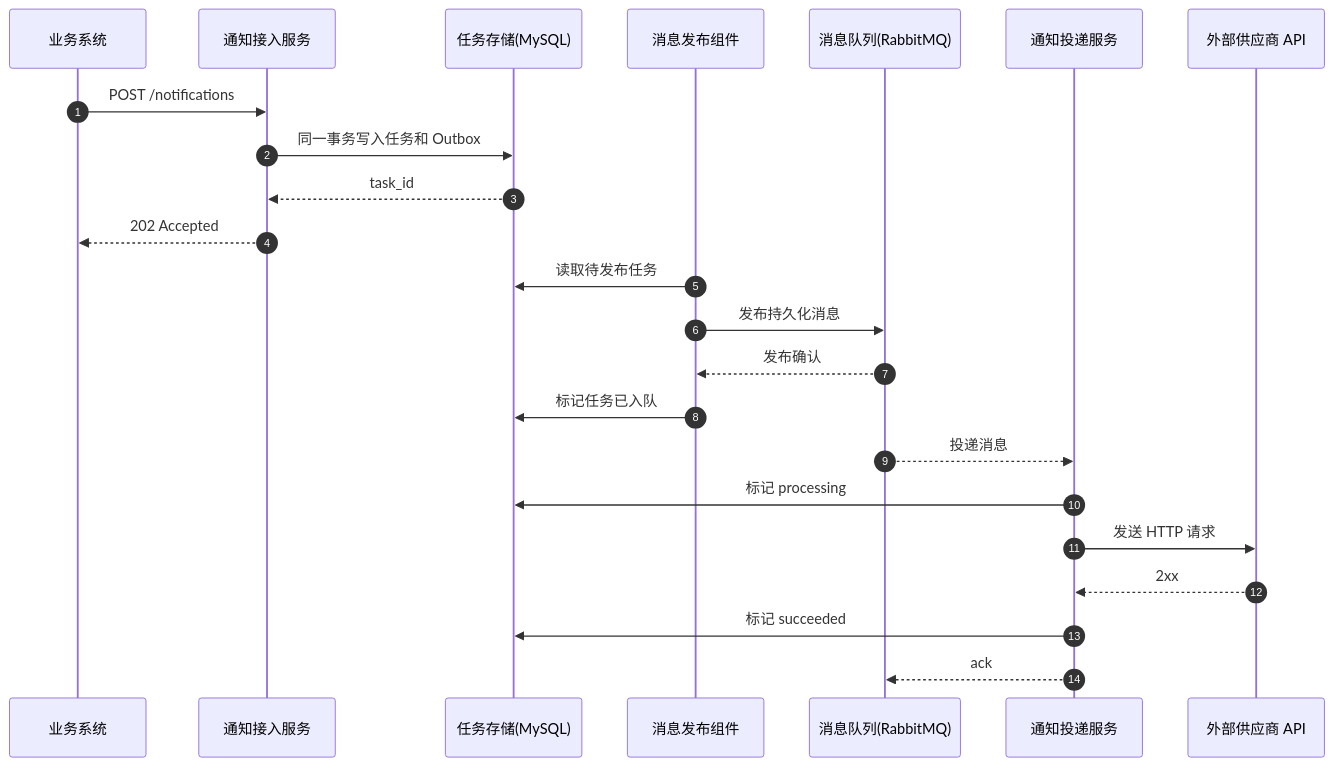
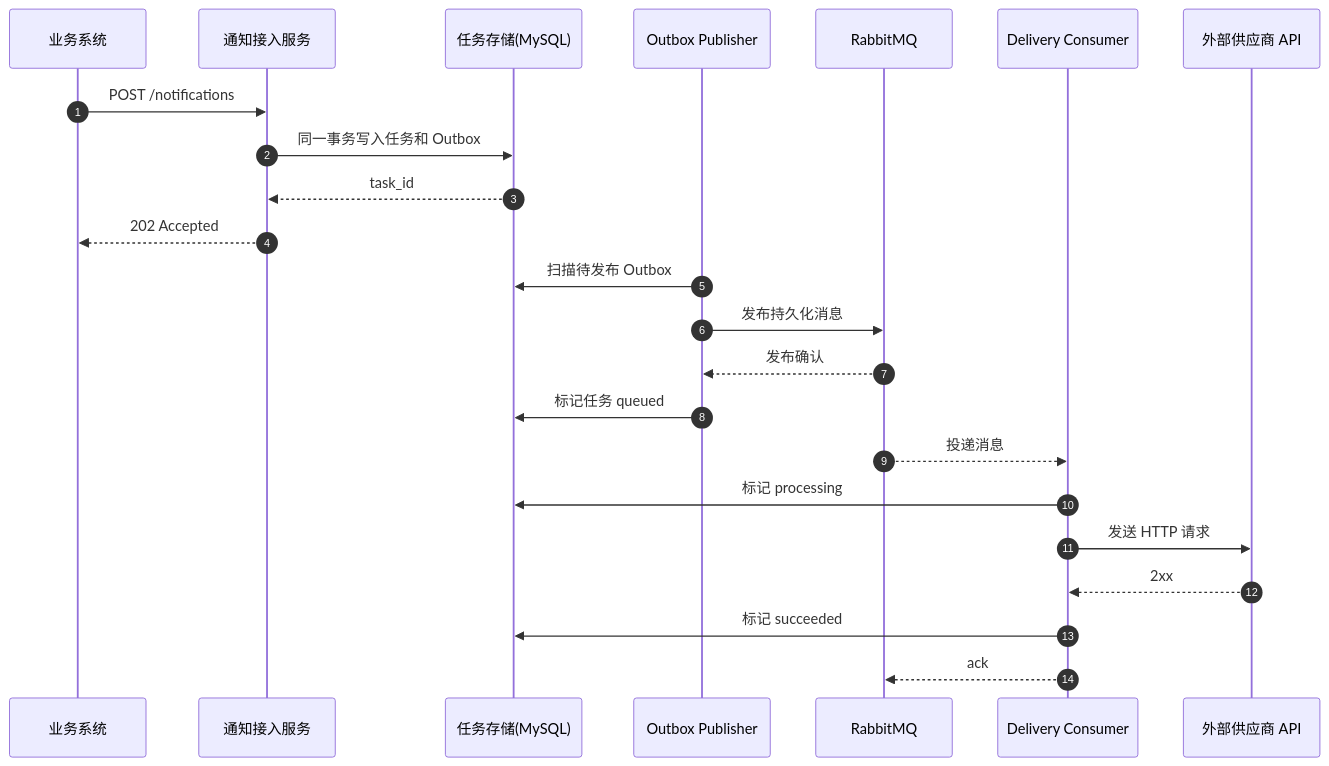
The second of 5 diagrams in README.md (wuqiaohua/rc_wuqiaohua), drawn with Mermaid before and after one commit. The commit also changed other lines of this file and 35 other files, not shown here.

````diff
--- a/README.md
+++ b/README.md
@@ -105,28 +82,28 @@
 ```mermaid
 sequenceDiagram
     autonumber
     participant Biz as 业务系统
     participant API as 通知接入服务
     participant Store as 任务存储(MySQL)
-    participant Pub as 消息发布组件
-    participant MQ as 消息队列(RabbitMQ)
-    participant W as 通知投递服务
+    participant Pub as Outbox Publisher
+    participant MQ as RabbitMQ
+    participant W as Delivery Consumer
     participant V as 外部供应商 API
 
     Biz->>API: POST /notifications
     API->>Store: 同一事务写入任务和 Outbox
     Store-->>API: task_id
     API-->>Biz: 202 Accepted
 
-    Pub->>Store: 读取待发布任务
+    Pub->>Store: 扫描待发布 Outbox
     Pub->>MQ: 发布持久化消息
     MQ-->>Pub: 发布确认
-    Pub->>Store: 标记任务已入队
+    Pub->>Store: 标记任务 queued
 
     MQ-->>W: 投递消息
     W->>Store: 标记 processing
     W->>V: 发送 HTTP 请求
     V-->>W: 2xx
     W->>Store: 标记 succeeded
     W-->>MQ: ack
 ```
````
